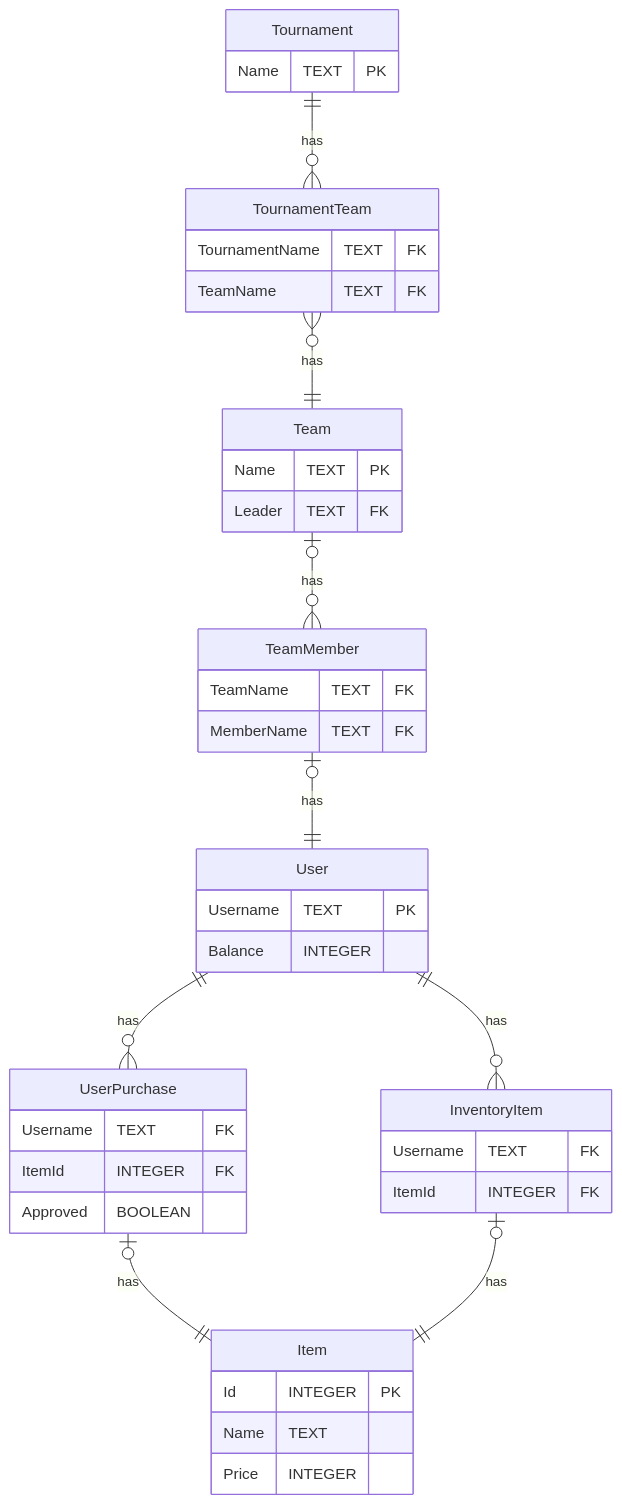
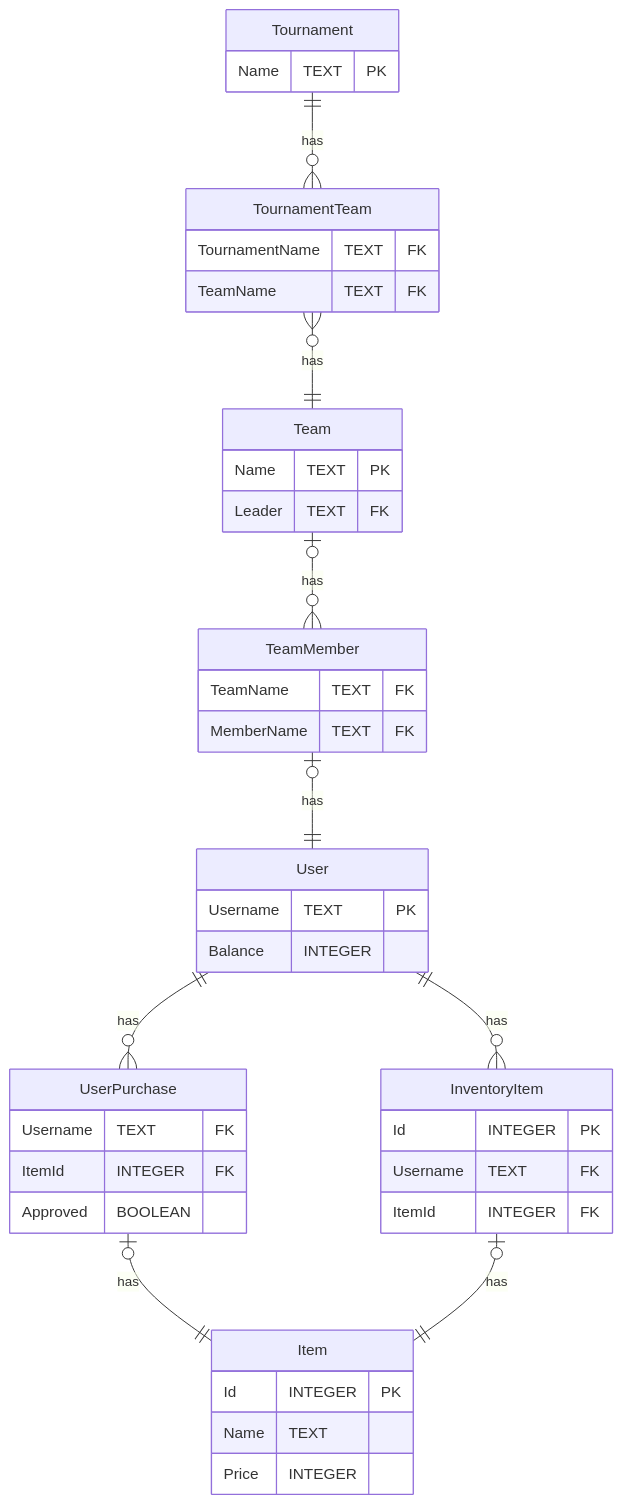
The diagram in erd.md (radams15/GamingPlatform), drawn with Mermaid before and after one commit. The commit also changed 1 other file, not shown here.

Commit message:
Rename functions, fix erd.

````diff
--- a/erd.md
+++ b/erd.md
@@ -1,58 +1,59 @@
 ```mermaid
 erDiagram
     user[User] {
         Username TEXT PK
         Balance INTEGER
     }
     
     userpurchase[UserPurchase] {
         Username TEXT FK
         ItemId INTEGER FK
         Approved BOOLEAN
     }
 
     item[Item] {
         Id INTEGER PK
         Name TEXT
         Price INTEGER
     }
 
     inventoryitem[InventoryItem] {
+        Id INTEGER PK
         Username TEXT FK
         ItemId INTEGER FK
     }
 
 
 
 
     team[Team] {
         Name TEXT PK
         Leader TEXT FK
     }
 
     teammember[TeamMember] {
         TeamName TEXT FK
         MemberName TEXT FK
     }
 
     tournament[Tournament] {
         Name TEXT PK
     }
 
     tournamentteam[TournamentTeam] {
         TournamentName TEXT FK
         TeamName TEXT FK
     }
 
     
     user ||--o{ userpurchase: has
     user ||--o{ inventoryitem: has
     userpurchase |o--|| item: has
     inventoryitem |o--|| item: has
 
     team |o--o{ teammember: has
     teammember |o--|| user: has
 
     tournament ||--o{ tournamentteam: has
     tournamentteam }o--|| team: has
 ```
````
